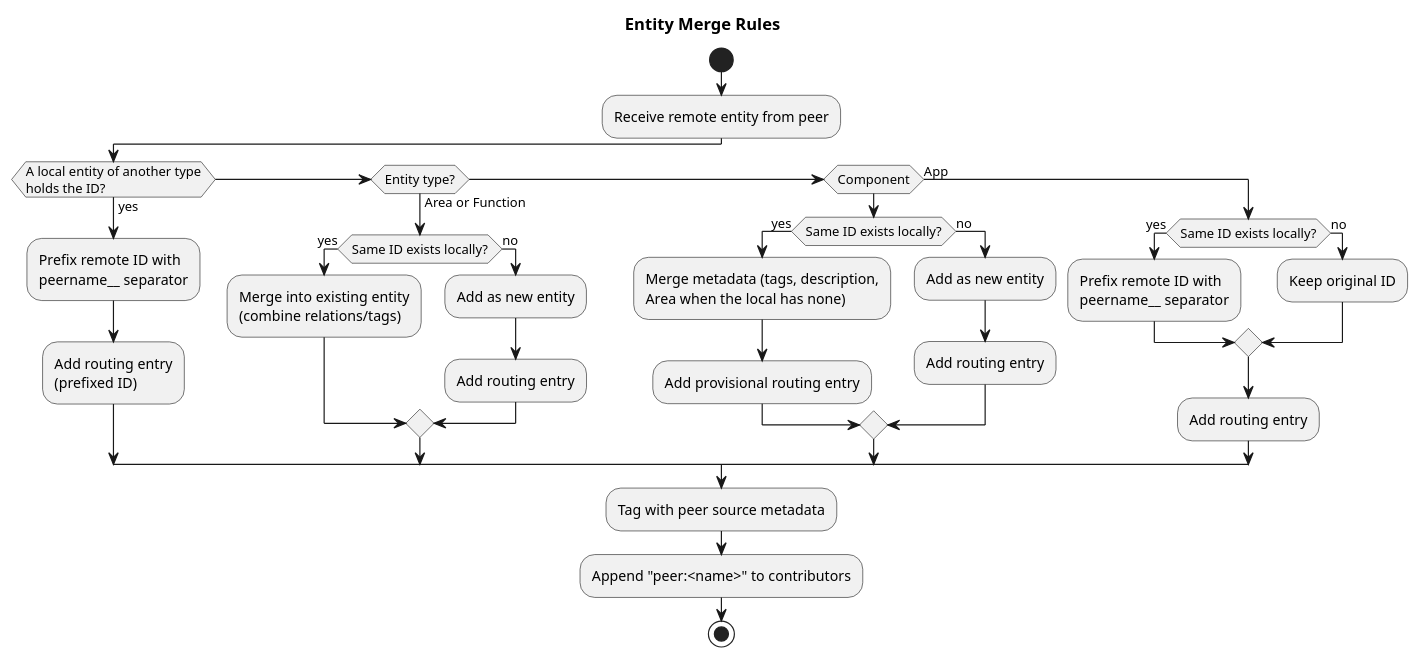
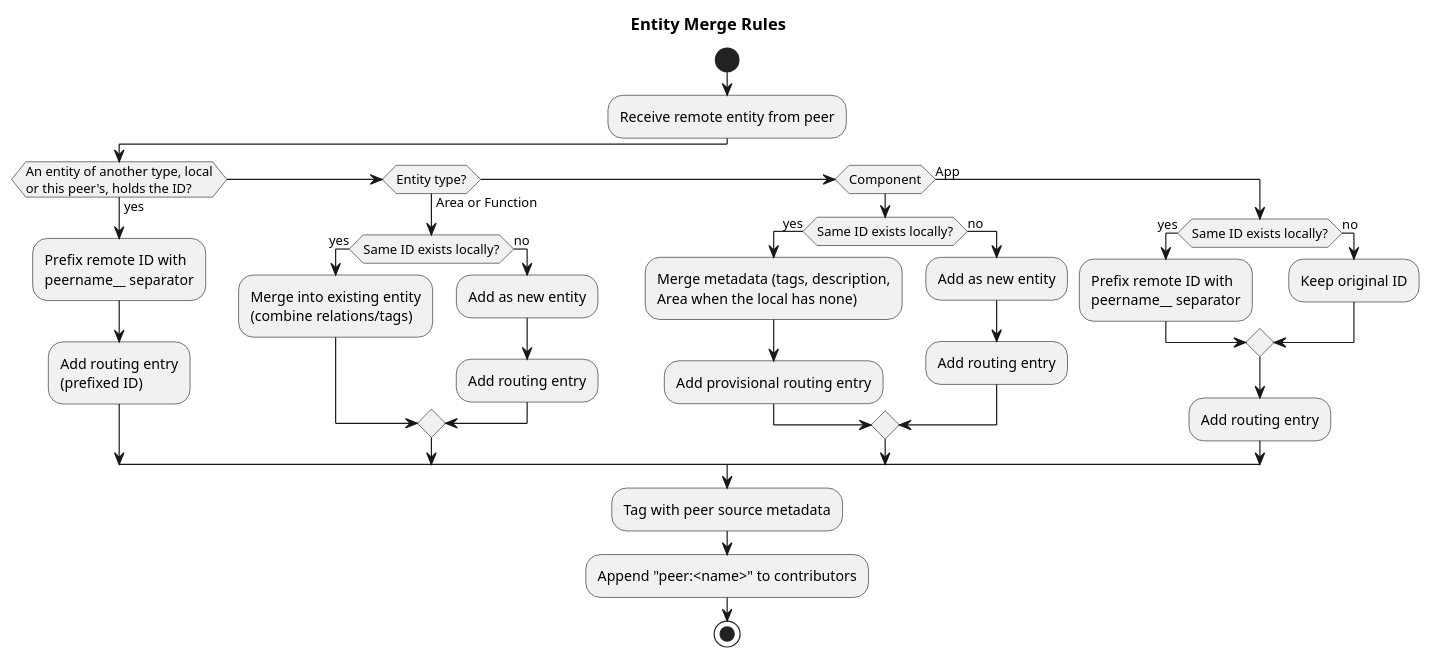
The third of 5 diagrams in src/ros2_medkit_gateway/design/aggregation.rst (selfpatch/ros2_medkit), drawn with PlantUML before and after one commit. The commit also changed other lines of this file and 3 other files, not shown here.

First line of the commit message:
fix(gateway): keep generated peer ids unique across entity types

```diff
--- a/src/ros2_medkit_gateway/design/aggregation.rst
+++ b/src/ros2_medkit_gateway/design/aggregation.rst
@@ -194,40 +194,40 @@
 .. plantuml::
    :caption: Entity Merge Logic by Type
 
    @startuml entity_merge
 
    title Entity Merge Rules
 
    start
    :Receive remote entity from peer;
-   if (A local entity of another type\nholds the ID?) then (yes)
+   if (An entity of another type, local\nor this peer's, holds the ID?) then (yes)
        :Prefix remote ID with\npeername__ separator;
        :Add routing entry\n(prefixed ID);
    elseif (Entity type?) then (Area or Function)
        if (Same ID exists locally?) then (yes)
            :Merge into existing entity\n(combine relations/tags);
        else (no)
            :Add as new entity;
            :Add routing entry;
        endif
    elseif (Component) then
        if (Same ID exists locally?) then (yes)
            :Merge metadata (tags, description,\nArea when the local has none);
            :Add provisional routing entry;
        else (no)
            :Add as new entity;
            :Add routing entry;
        endif
    else (App)
        if (Same ID exists locally?) then (yes)
            :Prefix remote ID with\npeername__ separator;
        else (no)
            :Keep original ID;
        endif
        :Add routing entry;
    endif
    :Tag with peer source metadata;
    :Append "peer:<name>" to contributors;
    stop
 
    @enduml
```
